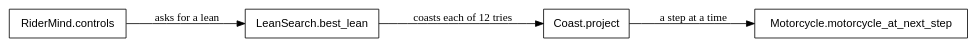
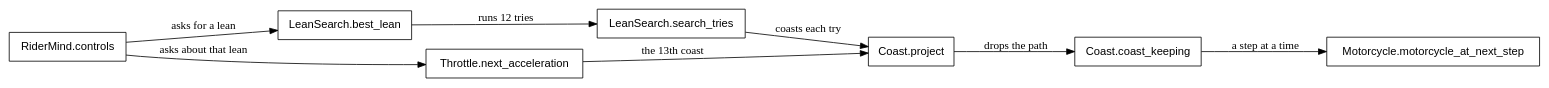
Before and after one commit to showell/roc-apps: diagram 25 of 30 in canvas_apps/safari/tutorial/tutorial.md, drawn with Graphviz. The commit also changed other lines of this file, not shown here.

````diff
--- a/canvas_apps/safari/tutorial/tutorial.md
+++ b/canvas_apps/safari/tutorial/tutorial.md
@@ -2422,13 +2422,20 @@
 ```dot
 digraph rehearsal {
   rankdir=LR;
   node [shape=box, fontname="Helvetica"];
   controls [label="RiderMind.controls"];
   best [label="LeanSearch.best_lean"];
+  search [label="LeanSearch.search_tries"];
   project [label="Coast.project"];
+  keeping [label="Coast.coast_keeping"];
   advance [label="Motorcycle.motorcycle_at_next_step"];
+  throttle [label="Throttle.next_acceleration"];
   controls -> best [label="  asks for a lean"];
-  best -> project [label="  coasts each of 12 tries"];
-  project -> advance [label="  a step at a time"];
+  best -> search [label="  runs 12 tries"];
+  search -> project [label="  coasts each try"];
+  controls -> throttle [label="  asks about that lean"];
+  throttle -> project [label="  the 13th coast"];
+  project -> keeping [label="  drops the path"];
+  keeping -> advance [label="  a step at a time"];
 }
 ```
````
